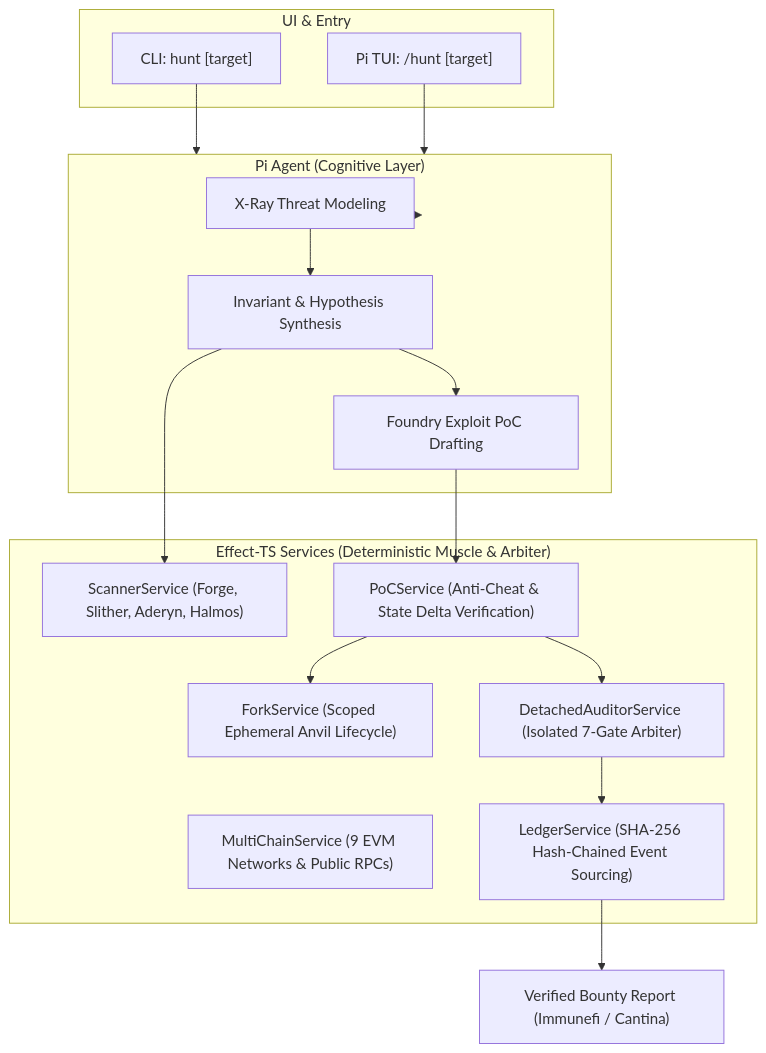
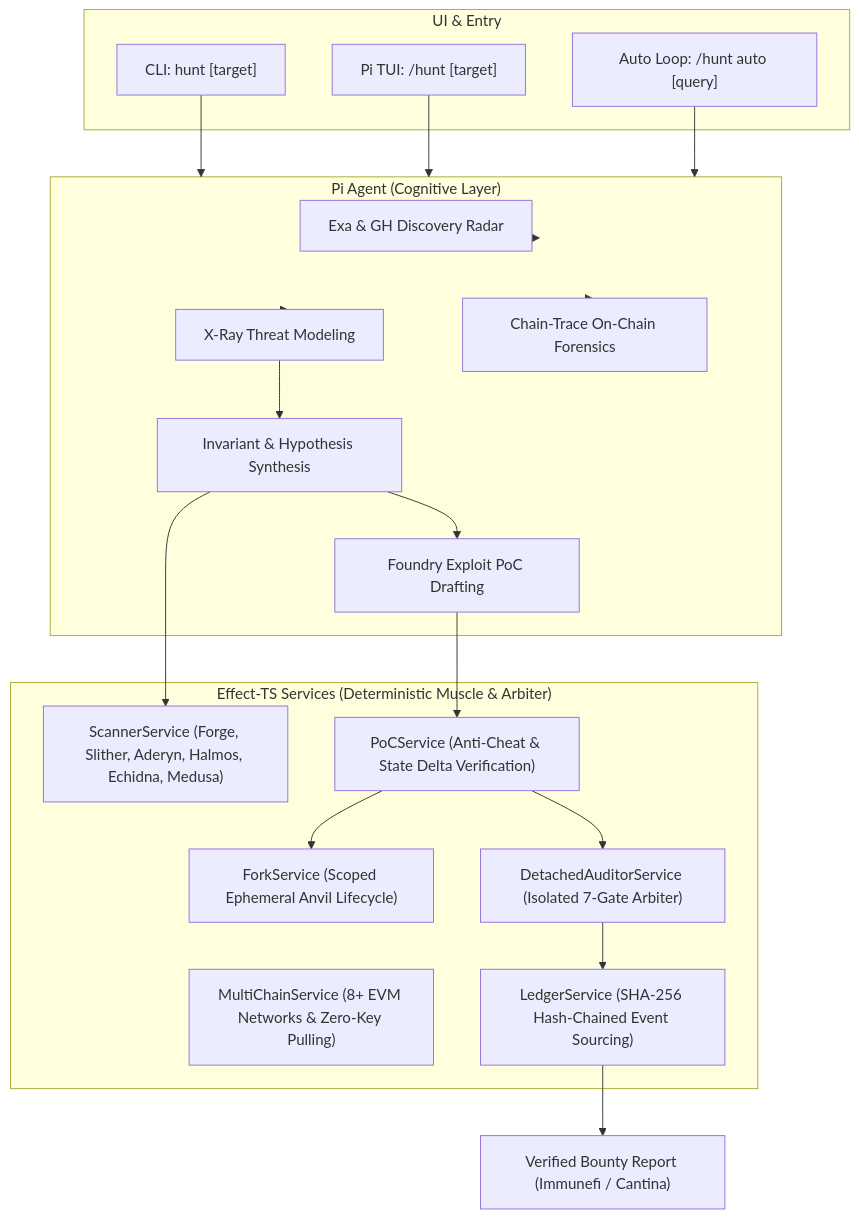
Before and after one commit to ArchdevilForge/pi-web3-hunter: the diagram in README.md, drawn with Mermaid. The commit also changed other lines of this file and 38 other files, not shown here.

Commit message:
feat(core): autonomous hunt loop, zero-key verified contract pulling, chain-trace forensics, and TUI completions (v0.1.4)

````diff
--- a/README.md
+++ b/README.md
@@ -43,34 +48,40 @@
 ```mermaid
 graph TD
     subgraph UI_Layer ["UI & Entry"]
         CLI["CLI: hunt [target]"]
         TUI["Pi TUI: /hunt [target]"]
+        AUTO["Auto Loop: /hunt auto [query]"]
     end
 
     subgraph Agent_Layer ["Pi Agent (Cognitive Layer)"]
+        EXA["Exa & GH Discovery Radar"]
         XRAY["X-Ray Threat Modeling"]
         INVAR["Invariant & Hypothesis Synthesis"]
         POC_GEN["Foundry Exploit PoC Drafting"]
+        FORENSICS["Chain-Trace On-Chain Forensics"]
     end
 
     subgraph Effect_Layer ["Effect-TS Services (Deterministic Muscle & Arbiter)"]
-        MULTI["MultiChainService (9 EVM Networks & Public RPCs)"]
+        MULTI["MultiChainService (8+ EVM Networks & Zero-Key Pulling)"]
         FORK["ForkService (Scoped Ephemeral Anvil Lifecycle)"]
-        SCAN["ScannerService (Forge, Slither, Aderyn, Halmos)"]
+        SCAN["ScannerService (Forge, Slither, Aderyn, Halmos, Echidna, Medusa)"]
         POC["PoCService (Anti-Cheat & State Delta Verification)"]
         AUDIT["DetachedAuditorService (Isolated 7-Gate Arbiter)"]
         LEDGER["LedgerService (SHA-256 Hash-Chained Event Sourcing)"]
     end
 
     CLI --> Agent_Layer
     TUI --> Agent_Layer
+    AUTO --> Agent_Layer
+    Agent_Layer --> EXA
+    Agent_Layer --> FORENSICS
     Agent_Layer --> XRAY
     XRAY --> INVAR
     INVAR --> SCAN
     INVAR --> POC_GEN
     POC_GEN --> POC
     POC --> FORK
     POC --> AUDIT
     AUDIT --> LEDGER
     LEDGER --> REPORT["Verified Bounty Report (Immunefi / Cantina)"]
 ```
````
